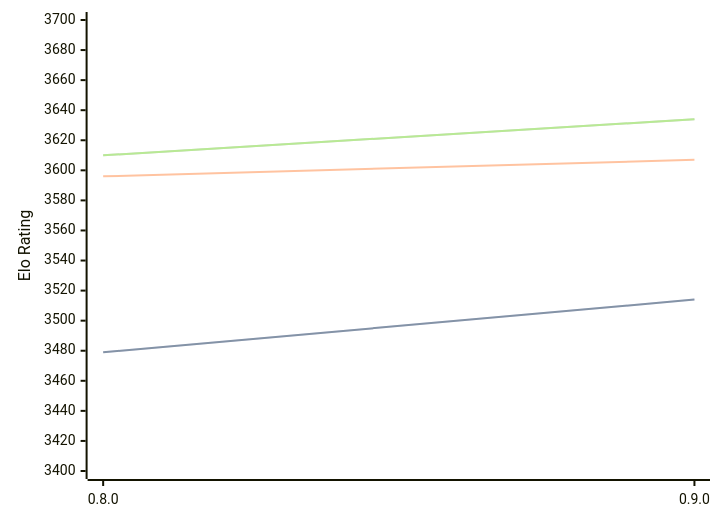
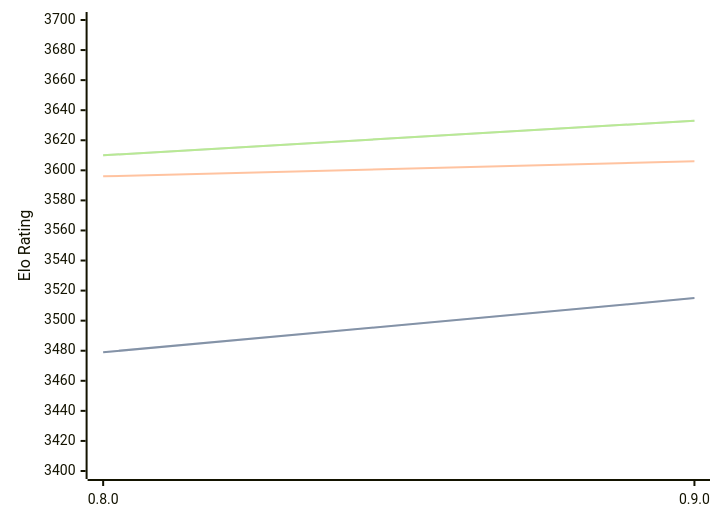
Before and after one commit to computer-chess-index/cci: the diagram in engines/Reckless.md, drawn with Mermaid. The commit also changed other lines of this file, not shown here.

Commit message:
Update CCI Ratings (ELO VLTC) - 2026-04-20

````diff
--- a/engines/Reckless.md
+++ b/engines/Reckless.md
@@ -39,11 +39,11 @@
 ```mermaid
 %%{init: {"theme":"base","themeVariables":{"seriesColors:['#a3a3a3','#222221','#faa371']}}}%%
 xychart-beta
   x-axis ["0.8.0", "0.9.0"]
   y-axis "Elo Rating" 3400 --> 3700
-  line "STC (8.0+0.08s)" [3479, 3514]
-  line "STC (8.0+0.08s)" [3479, 3514]
-  line "LTC (60.0+0.60s)" [3596, 3607]
-  line "VLTC (2m24s+1.12s)" [3610, 3634]
-  line "VLTC (2m24s+1.12s)" [3610, 3634]
+  line "STC (8.0+0.08s)" [3479, 3515]
+  line "STC (8.0+0.08s)" [3479, 3515]
+  line "LTC (60.0+0.60s)" [3596, 3606]
+  line "VLTC (2m24s+1.12s)" [3610, 3633]
+  line "VLTC (2m24s+1.12s)" [3610, 3633]
 ```
````
